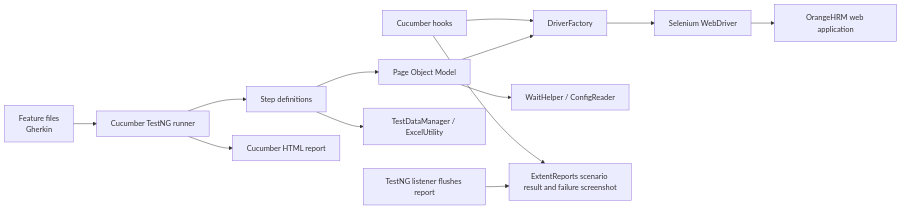
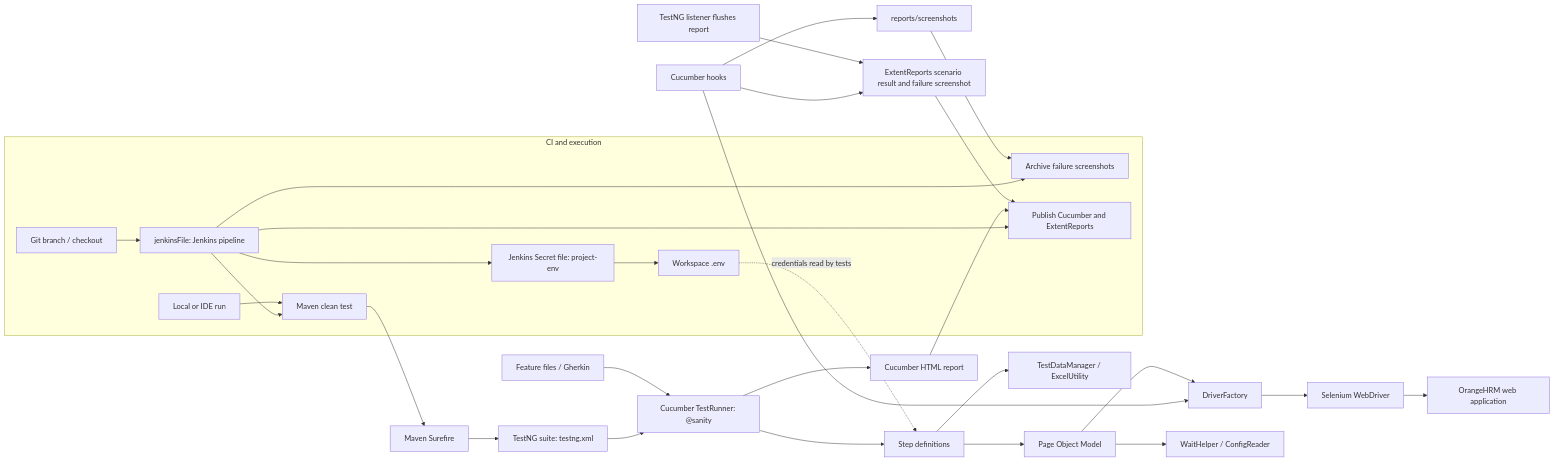
The second of 2 diagrams in README.md (Sameer-Programmer/2026_Enterprise_DEMO_BDD_Project), drawn with Mermaid before and after one commit. The commit also changed other lines of this file, not shown here.

Commit message:
docs: show Jenkins in README diagrams

````diff
--- a/README.md
+++ b/README.md
@@ -171,15 +175,32 @@
 ```mermaid
 flowchart LR
-    Feature[Feature files<br/>Gherkin] --> Runner[Cucumber TestNG runner]
+    subgraph Delivery[CI and execution]
+        Repo[Git branch / checkout] --> Pipeline[jenkinsFile: Jenkins pipeline]
+        Pipeline --> Secrets[Jenkins Secret file: project-env]
+        Secrets --> Dotenv[Workspace .env]
+        Pipeline --> Maven[Maven clean test]
+        Local[Local or IDE run] --> Maven
+        Pipeline --> Archive[Archive failure screenshots]
+        Pipeline --> Publish[Publish Cucumber and ExtentReports]
+    end
+    Maven --> Surefire[Maven Surefire]
+    Surefire --> Suite[TestNG suite: testng.xml]
+    Suite --> Runner[Cucumber TestRunner: @sanity]
+    Feature[Feature files / Gherkin] --> Runner
     Runner --> Steps[Step definitions]
     Hooks[Cucumber hooks] --> Driver[DriverFactory]
     Steps --> Pages[Page Object Model]
     Steps --> Data[TestDataManager / ExcelUtility]
     Pages --> Waits[WaitHelper / ConfigReader]
     Pages --> Driver
     Driver --> WebDriver[Selenium WebDriver]
     WebDriver --> AUT[OrangeHRM web application]
-    Runner --> Report[Cucumber HTML report]
+    Runner --> CucumberReport[Cucumber HTML report]
     Hooks --> Extent[ExtentReports scenario result and failure screenshot]
     Listener[TestNG listener flushes report] --> Extent
+    CucumberReport --> Publish
+    Extent --> Publish
+    Hooks --> Screenshots[reports/screenshots]
+    Screenshots --> Archive
+    Dotenv -. credentials read by tests .-> Steps
 ```
````
